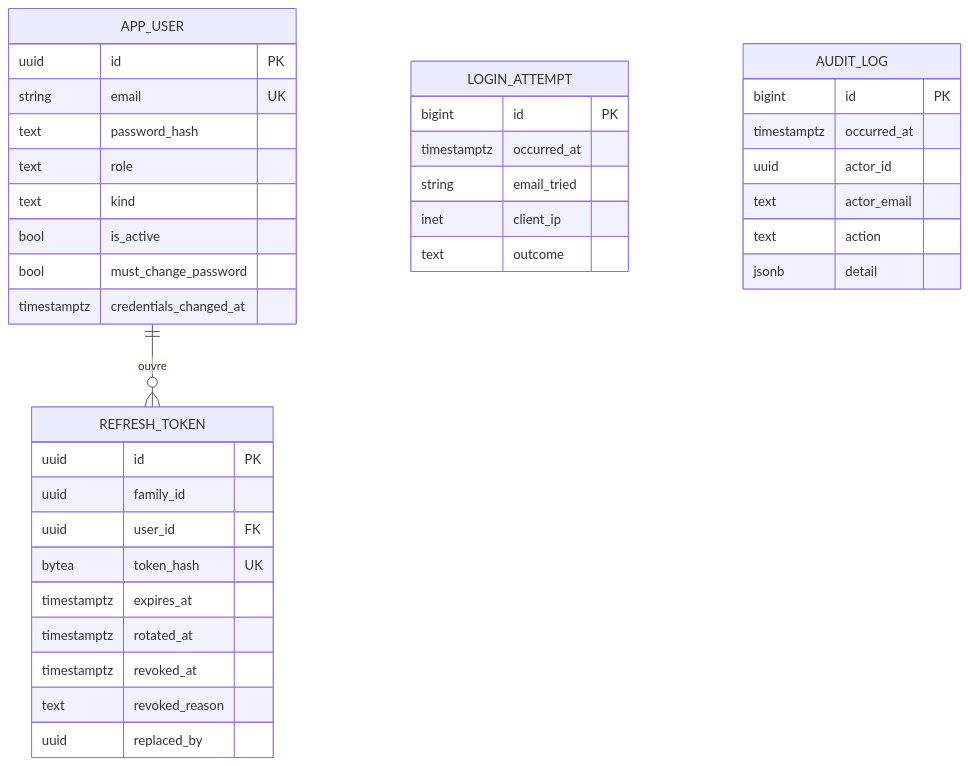
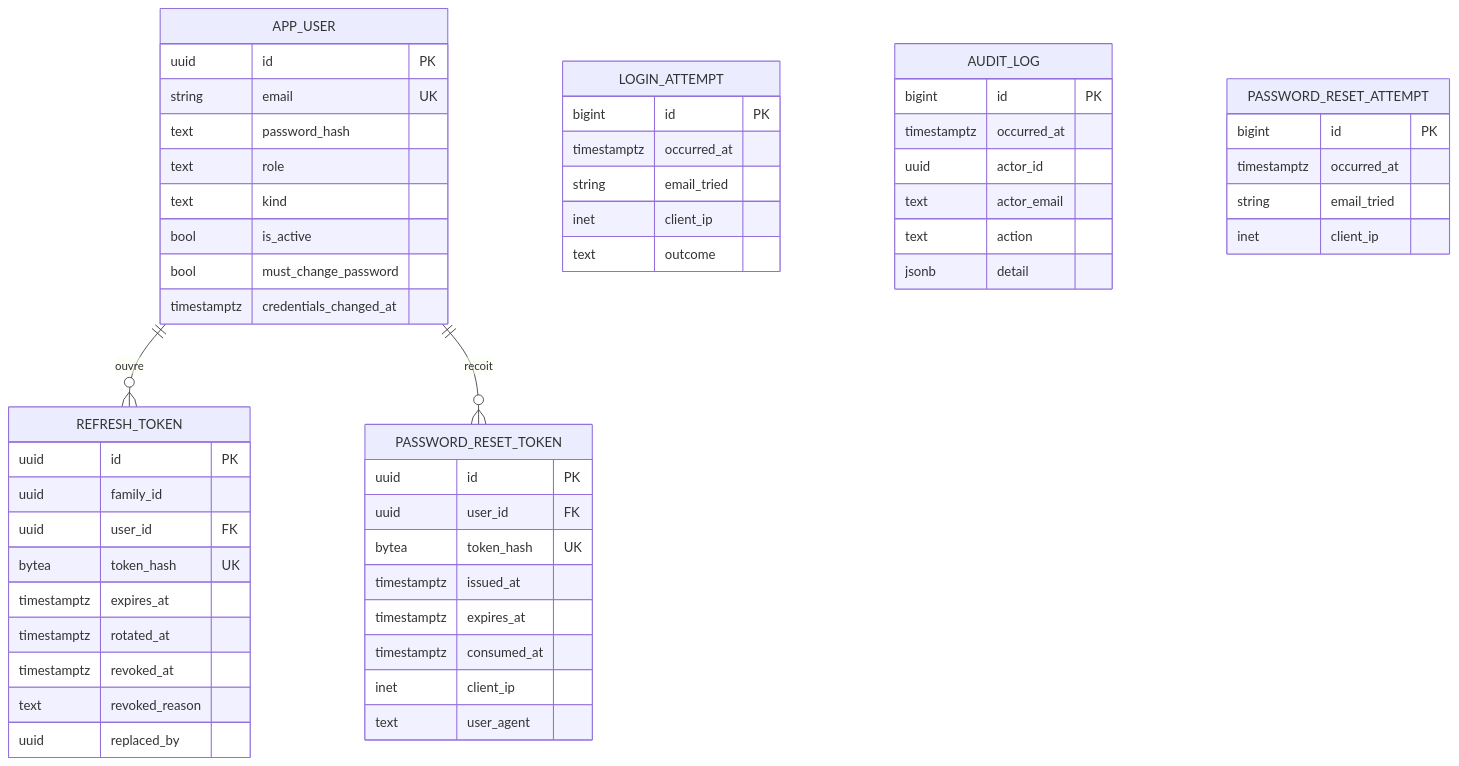
The second of 2 diagrams in docs/architecture/40-data.md (ineszang/ProjetPiscine_EnerVision), drawn with Mermaid before and after one commit. The commit also changed other lines of this file and 1 other file, not shown here.

````diff
--- a/docs/architecture/40-data.md
+++ b/docs/architecture/40-data.md
@@ -78,40 +109,63 @@
 ```mermaid
 erDiagram
   APP_USER ||--o{ REFRESH_TOKEN : ouvre
+  APP_USER ||--o{ PASSWORD_RESET_TOKEN : recoit
+
   APP_USER {
     uuid id PK
     string email UK
     text password_hash
     text role
     text kind
     bool is_active
     bool must_change_password
     timestamptz credentials_changed_at
   }
+
   REFRESH_TOKEN {
     uuid id PK
     uuid family_id
     uuid user_id FK
     bytea token_hash UK
     timestamptz expires_at
     timestamptz rotated_at
     timestamptz revoked_at
     text revoked_reason
     uuid replaced_by
   }
+
   LOGIN_ATTEMPT {
     bigint id PK
     timestamptz occurred_at
     string email_tried
     inet client_ip
     text outcome
   }
+
   AUDIT_LOG {
     bigint id PK
     timestamptz occurred_at
     uuid actor_id
     text actor_email
     text action
     jsonb detail
   }
+
+  PASSWORD_RESET_ATTEMPT {
+    bigint id PK
+    timestamptz occurred_at
+    string email_tried
+    inet client_ip
+  }
+
+  PASSWORD_RESET_TOKEN {
+    uuid id PK
+    uuid user_id FK
+    bytea token_hash UK
+    timestamptz issued_at
+    timestamptz expires_at
+    timestamptz consumed_at
+    inet client_ip
+    text user_agent
+  }
 ```
````
